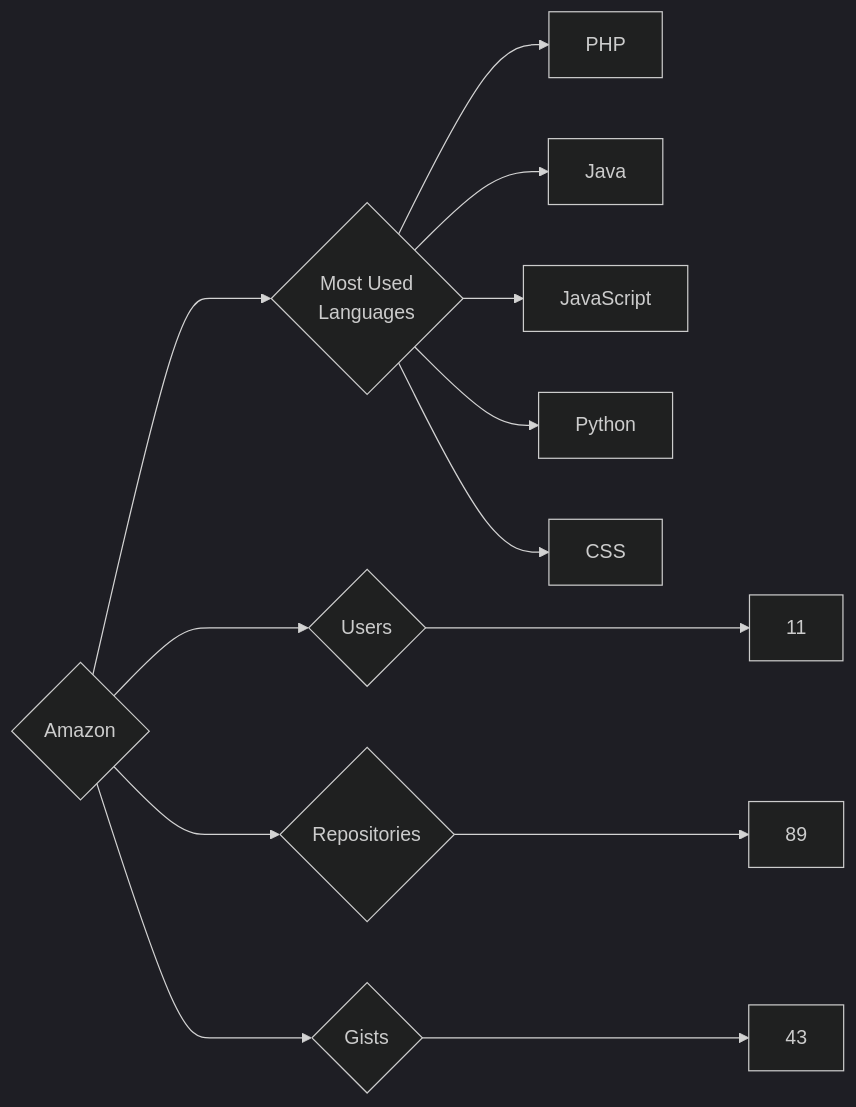
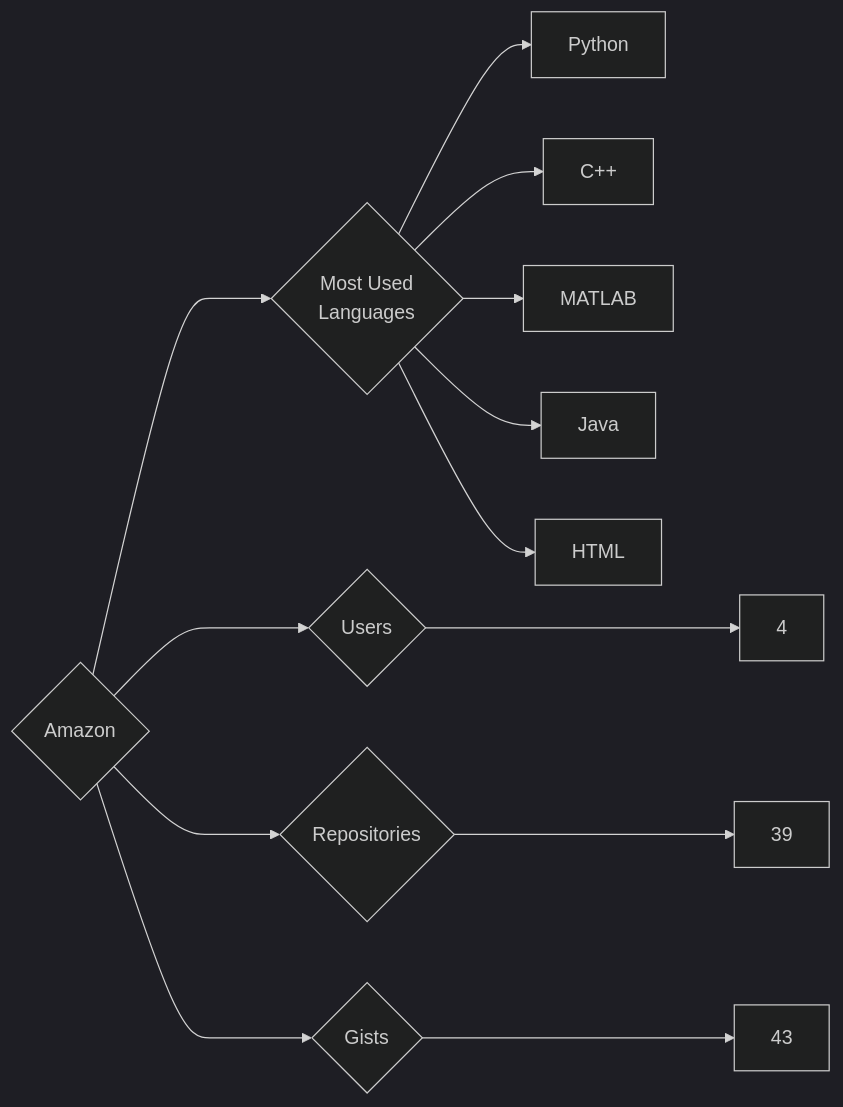
One commit to trickest/insiders changed the diagram in targets/Amazon/README.md. Above: the diagram before and after it, drawn with Mermaid (dark theme). The commit also changed 1238 other files, not shown here.

````diff
--- a/targets/Amazon/README.md
+++ b/targets/Amazon/README.md
@@ -3,13 +3,13 @@
 ```mermaid
 graph LR
 COMPANY_NAME{Amazon}
-COMPANY_NAME ---> U{Users} ---> UN[11]
-COMPANY_NAME ---> R{Repositories} ---> RN[89]
+COMPANY_NAME ---> U{Users} ---> UN[4]
+COMPANY_NAME ---> R{Repositories} ---> RN[39]
 COMPANY_NAME ---> G{Gists} ---> GN[43]
 COMPANY_NAME ---> ML{Most Used<br>Languages}
-ML --> PHP[PHP]
+ML --> Python[Python]
+ML --> C++[C++]
+ML --> MATLAB[MATLAB]
 ML --> Java[Java]
-ML --> JavaScript[JavaScript]
-ML --> Python[Python]
-ML --> CSS[CSS]
+ML --> HTML[HTML]
 ```
````
